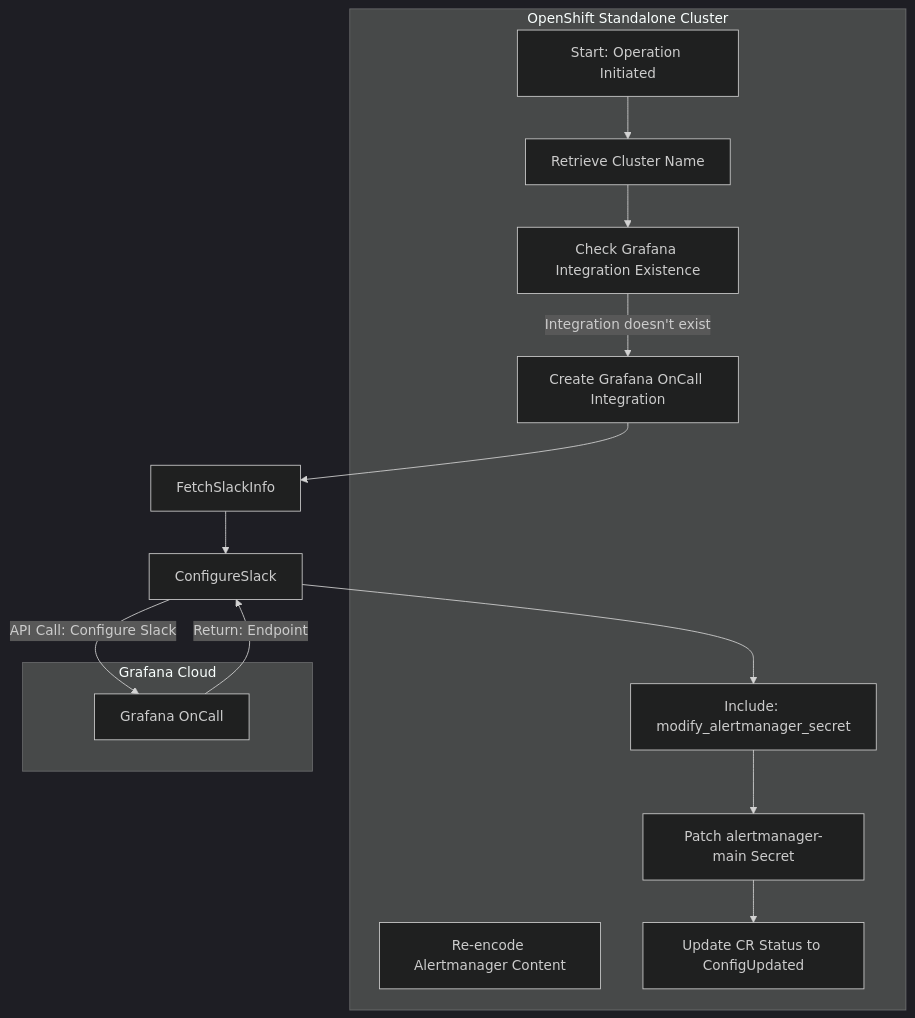
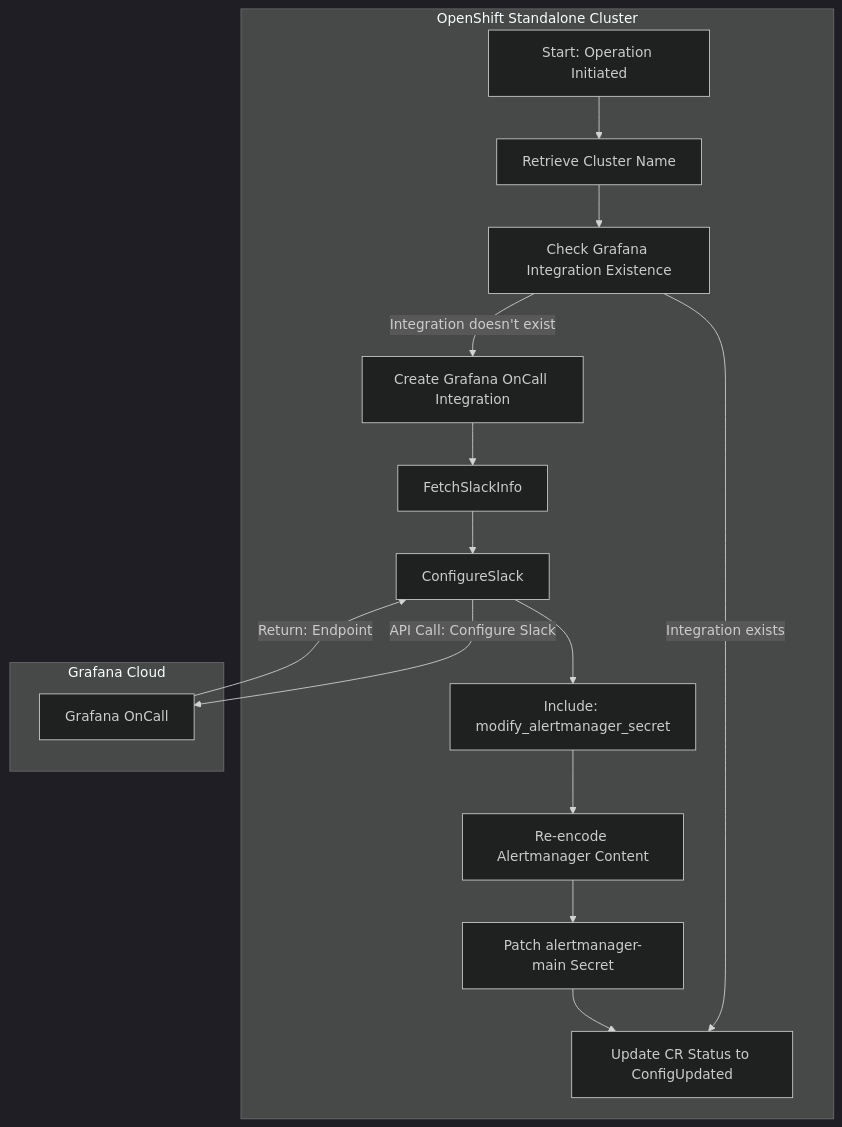
One commit to stakater/grafana-cloud-ansible-operator changed the second of 2 diagrams in README.md. Above: the diagram before and after it, drawn with Mermaid (dark theme). The commit also changed other lines of this file and 5 other files, not shown here.

````diff
--- a/README.md
+++ b/README.md
@@ -118,29 +106,32 @@
     ```mermaid
     graph TD
 
-        subgraph "OpenShift Standalone Cluster"
-            Init[Start: Operation Initiated]
-            GetClusterName[Retrieve Cluster Name]
-            CheckIntegration[Check Grafana Integration Existence]
-            CreateIntegration[Create Grafana OnCall Integration]
-            ModSecret[Include: modify_alertmanager_secret]
-            Reencode[Re-encode Alertmanager Content]
-            PatchSecret[Patch alertmanager-main Secret]
-            UpdateCR[Update CR Status to ConfigUpdated]
-            Init --> GetClusterName
-            GetClusterName --> CheckIntegration
-            CheckIntegration -- Integration doesn't exist --> CreateIntegration
-        end
+    subgraph "OpenShift Standalone Cluster"
+        Init[Start: Operation Initiated]
+        GetClusterName[Retrieve Cluster Name]
+        CheckIntegration[Check Grafana Integration Existence]
+        CreateIntegration[Create Grafana OnCall Integration]
+        ModSecret[Include: modify_alertmanager_secret]
+        Reencode[Re-encode Alertmanager Content]
+        PatchSecret[Patch alertmanager-main Secret]
+        UpdateCR[Update CR Status to ConfigUpdated]
 
-        subgraph "Grafana Cloud"
-            GO[Grafana OnCall]
-        end
-
+        Init --> GetClusterName
+        GetClusterName --> CheckIntegration
+        CheckIntegration -->|Integration doesn't exist| CreateIntegration
+        CheckIntegration -->|Integration exists| UpdateCR
         CreateIntegration --> FetchSlackInfo
         FetchSlackInfo --> ConfigureSlack
-        ConfigureSlack -->|API Call: Configure Slack| GO
-        GO -->|Return: Endpoint| ConfigureSlack
         ConfigureSlack --> ModSecret
-        ModSecret --> PatchSecret
+        ModSecret --> Reencode
+        Reencode --> PatchSecret
         PatchSecret --> UpdateCR
+    end
+
+    subgraph "Grafana Cloud"
+        GO[Grafana OnCall]
+    end
+
+    ConfigureSlack -->|API Call: Configure Slack| GO
+    GO -->|Return: Endpoint| ConfigureSlack
     ```
````
